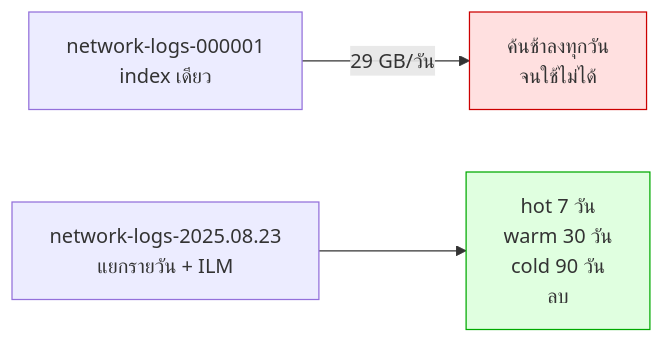
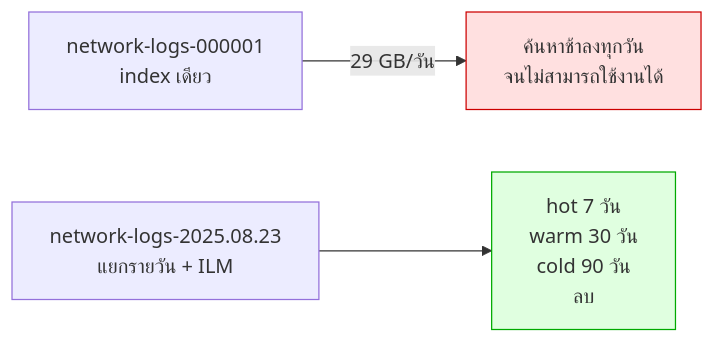
Before and after one commit to LLM-CE-KMITL/mcp-workshop: the diagram in INSTRUCTIONS/day3/13-scale-notes.md, drawn with Mermaid. The commit also changed other lines of this file and 53 other files, not shown here.

````diff
--- a/INSTRUCTIONS/day3/13-scale-notes.md
+++ b/INSTRUCTIONS/day3/13-scale-notes.md
@@ -32,7 +32,7 @@
 ```mermaid
 flowchart LR
-    A["network-logs-000001<br/>index เดียว"] -->|"29 GB/วัน"| B["ค้นช้าลงทุกวัน<br/>จนใช้ไม่ได้"]
+    A["network-logs-000001<br/>index เดียว"] -->|"29 GB/วัน"| B["ค้นหาช้าลงทุกวัน<br/>จนไม่สามารถใช้งานได้"]
     C["network-logs-2025.08.23<br/>แยกรายวัน + ILM"] --> D["hot 7 วัน<br/>warm 30 วัน<br/>cold 90 วัน<br/>ลบ"]
     style B fill:#ffe0e0,stroke:#c00
     style D fill:#e0ffe0,stroke:#0a0
 ```
````
